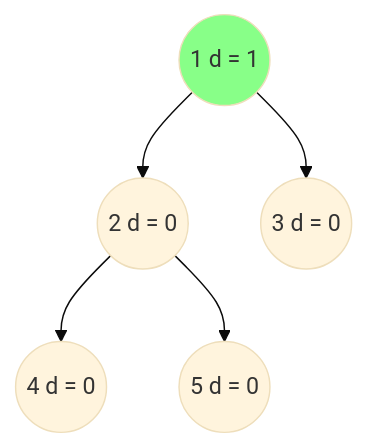
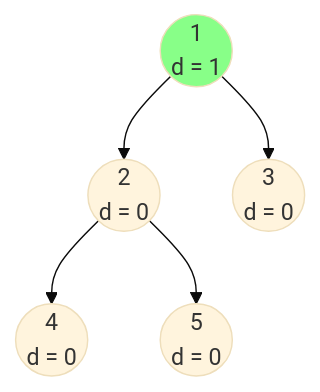
Before and after one commit to Tablerase/42_Projects: the fourth of 9 diagrams in Notes/binary_tree.md, drawn with Mermaid (base theme). The commit also changed other lines of this file, not shown here.

````diff
--- a/Notes/binary_tree.md
+++ b/Notes/binary_tree.md
@@ -87,13 +94,13 @@
 ```mermaid
 graph TD
 classDef diff fill:#8f8;
-    1((1 d = 1)):::diff
-    2((2 d = 0))
-    3((3 d = 0))
-    4((4 d = 0))
-    5((5 d = 0))
+    1((1\nd = 1)):::diff
+    2((2\nd = 0))
+    3((3\nd = 0))
+    4((4\nd = 0))
+    5((5\nd = 0))
     1 --> 2
     1 --> 3
     2 --> 4
     2 --> 5
 ```
````
